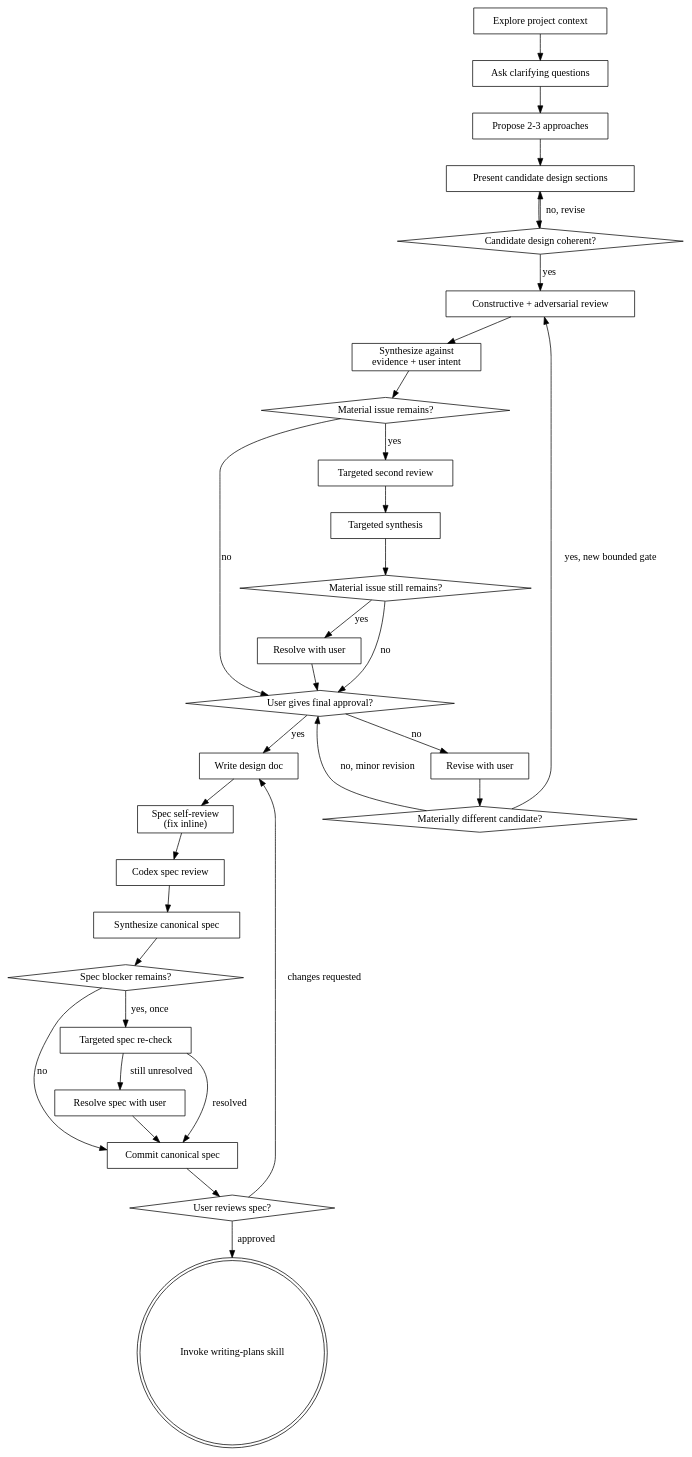
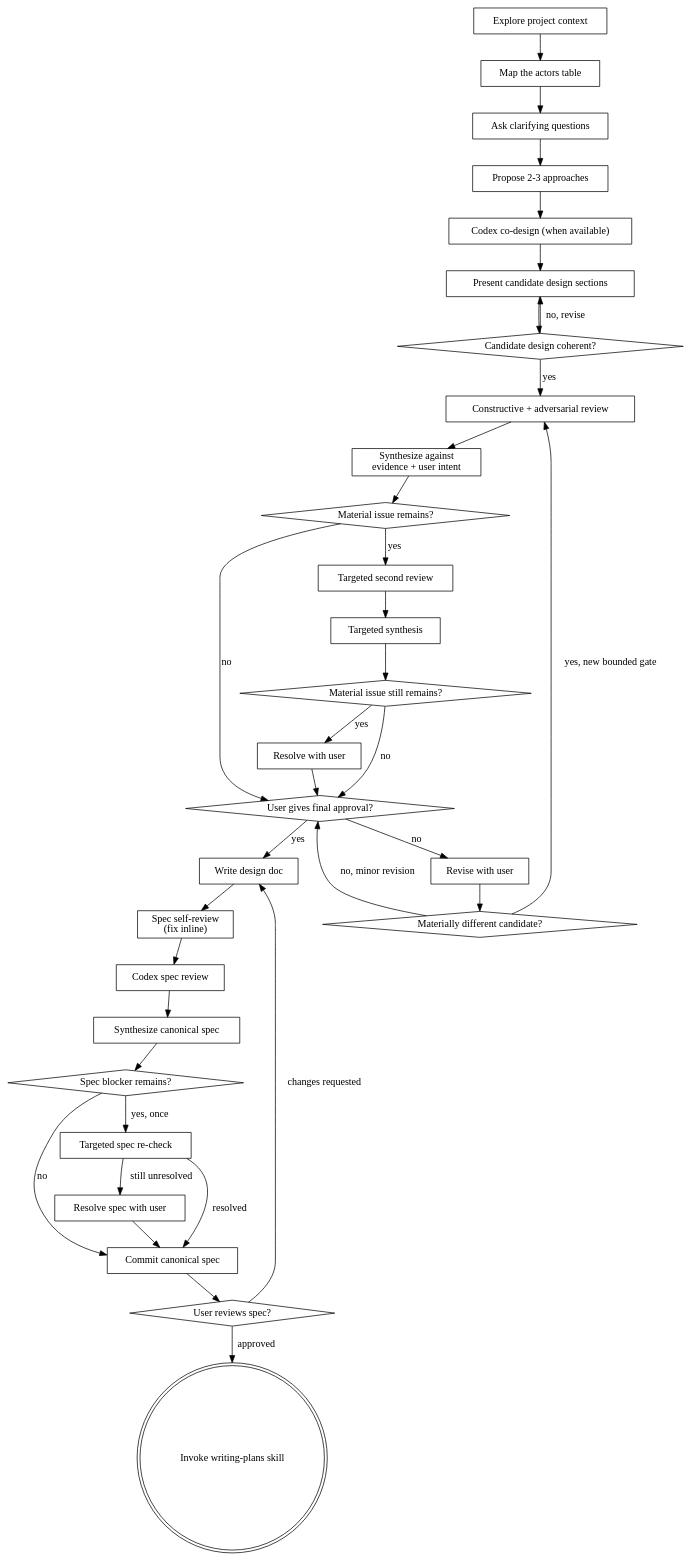
One commit to stratusdesign/sd-superpowers changed the diagram in skills/brainstorming/SKILL.md. Above: the diagram before and after it, drawn with Graphviz.

Commit message:
brainstorming: flow diagram carries the two new nodes

````diff
--- a/skills/brainstorming/SKILL.md
+++ b/skills/brainstorming/SKILL.md
@@ -40,62 +40,66 @@
 ```dot
 digraph brainstorming {
     "Explore project context" [shape=box];
+    "Map the actors table" [shape=box];
     "Ask clarifying questions" [shape=box];
     "Propose 2-3 approaches" [shape=box];
+    "Codex co-design (when available)" [shape=box];
     "Present candidate design sections" [shape=box];
     "Candidate design coherent?" [shape=diamond];
     "Constructive + adversarial review" [shape=box];
     "Synthesize against\nevidence + user intent" [shape=box];
     "Material issue remains?" [shape=diamond];
     "Targeted second review" [shape=box];
     "Targeted synthesis" [shape=box];
     "Material issue still remains?" [shape=diamond];
     "Resolve with user" [shape=box];
     "User gives final approval?" [shape=diamond];
     "Revise with user" [shape=box];
     "Materially different candidate?" [shape=diamond];
     "Write design doc" [shape=box];
     "Spec self-review\n(fix inline)" [shape=box];
     "Codex spec review" [shape=box];
     "Synthesize canonical spec" [shape=box];
     "Spec blocker remains?" [shape=diamond];
     "Targeted spec re-check" [shape=box];
     "Resolve spec with user" [shape=box];
     "Commit canonical spec" [shape=box];
     "User reviews spec?" [shape=diamond];
     "Invoke writing-plans skill" [shape=doublecircle];
 
-    "Explore project context" -> "Ask clarifying questions";
+    "Explore project context" -> "Map the actors table";
+    "Map the actors table" -> "Ask clarifying questions";
     "Ask clarifying questions" -> "Propose 2-3 approaches";
-    "Propose 2-3 approaches" -> "Present candidate design sections";
+    "Propose 2-3 approaches" -> "Codex co-design (when available)";
+    "Codex co-design (when available)" -> "Present candidate design sections";
     "Present candidate design sections" -> "Candidate design coherent?";
     "Candidate design coherent?" -> "Present candidate design sections" [label="no, revise"];
     "Candidate design coherent?" -> "Constructive + adversarial review" [label="yes"];
     "Constructive + adversarial review" -> "Synthesize against\nevidence + user intent";
     "Synthesize against\nevidence + user intent" -> "Material issue remains?";
     "Material issue remains?" -> "Targeted second review" [label="yes"];
     "Targeted second review" -> "Targeted synthesis";
     "Targeted synthesis" -> "Material issue still remains?";
     "Material issue still remains?" -> "Resolve with user" [label="yes"];
     "Resolve with user" -> "User gives final approval?";
     "Material issue still remains?" -> "User gives final approval?" [label="no"];
     "Material issue remains?" -> "User gives final approval?" [label="no"];
     "User gives final approval?" -> "Revise with user" [label="no"];
     "Revise with user" -> "Materially different candidate?";
     "Materially different candidate?" -> "Constructive + adversarial review" [label="yes, new bounded gate"];
     "Materially different candidate?" -> "User gives final approval?" [label="no, minor revision"];
     "User gives final approval?" -> "Write design doc" [label="yes"];
     "Write design doc" -> "Spec self-review\n(fix inline)";
     "Spec self-review\n(fix inline)" -> "Codex spec review";
     "Codex spec review" -> "Synthesize canonical spec";
     "Synthesize canonical spec" -> "Spec blocker remains?";
     "Spec blocker remains?" -> "Targeted spec re-check" [label="yes, once"];
     "Targeted spec re-check" -> "Resolve spec with user" [label="still unresolved"];
     "Targeted spec re-check" -> "Commit canonical spec" [label="resolved"];
     "Resolve spec with user" -> "Commit canonical spec";
     "Spec blocker remains?" -> "Commit canonical spec" [label="no"];
     "Commit canonical spec" -> "User reviews spec?";
     "User reviews spec?" -> "Write design doc" [label="changes requested"];
     "User reviews spec?" -> "Invoke writing-plans skill" [label="approved"];
 }
 ```
````
